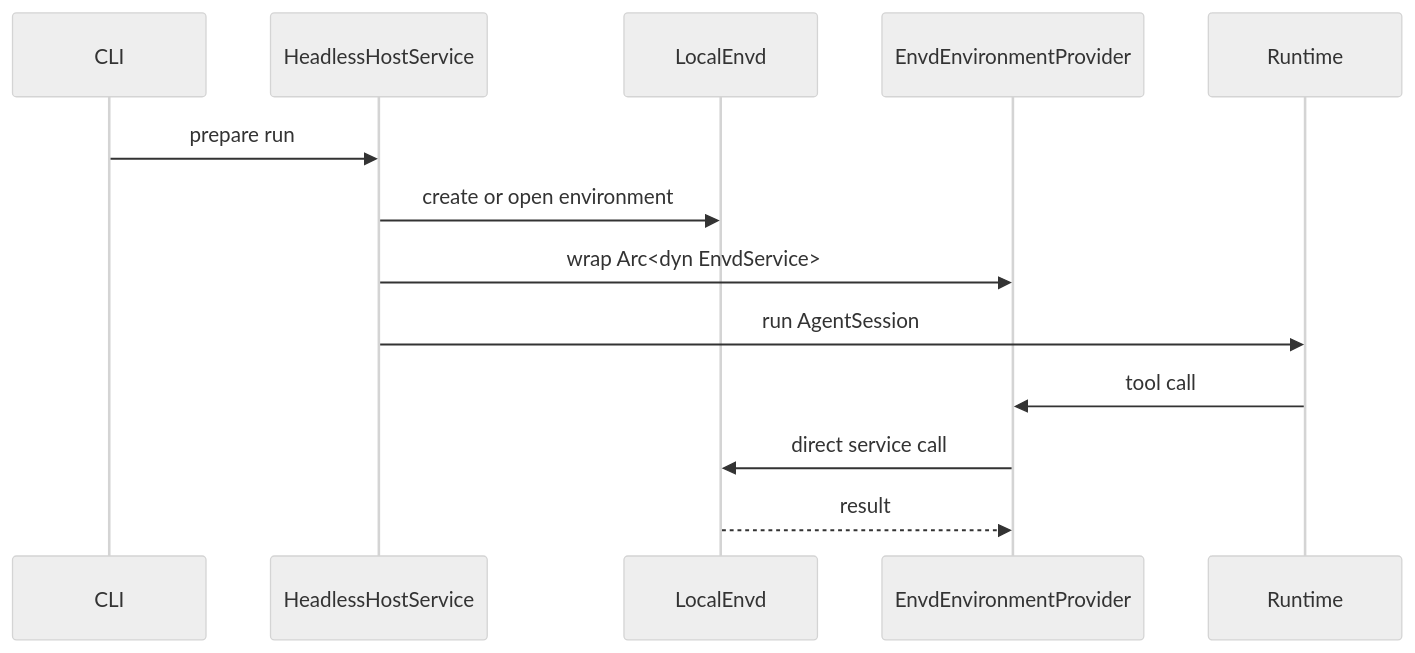
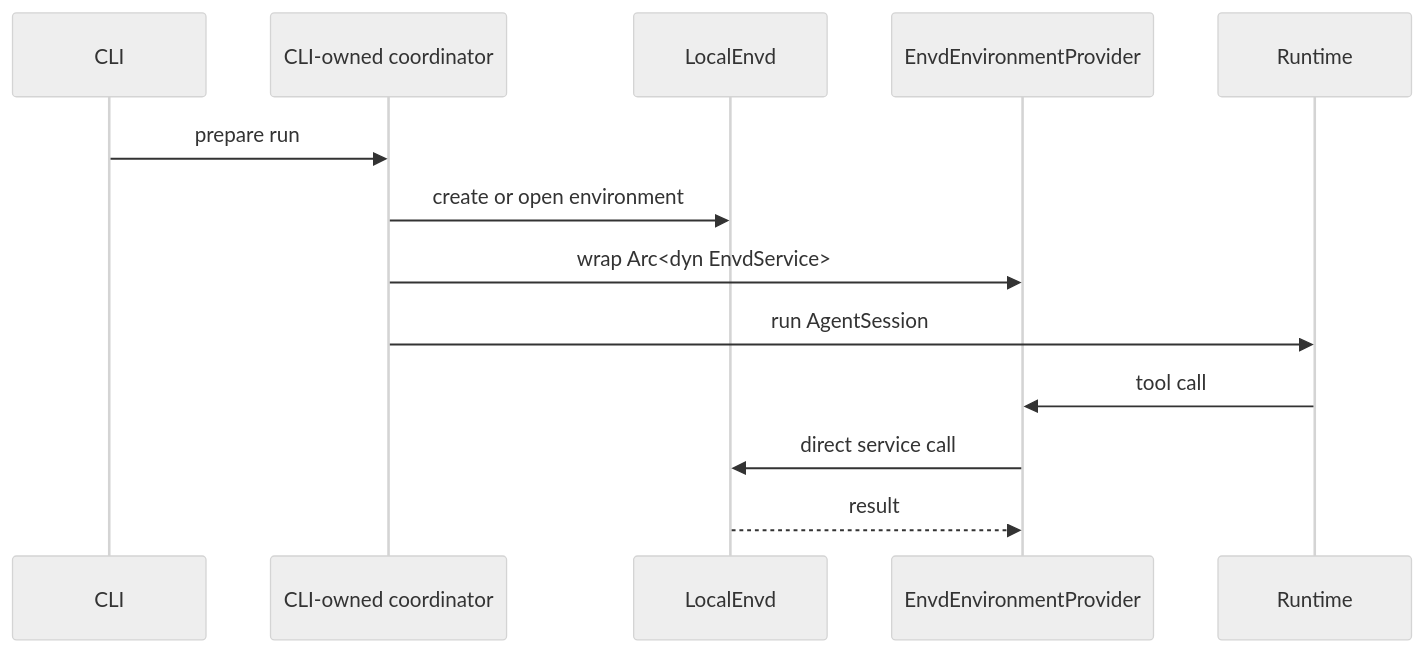
Before and after one commit to Wh1isper/starweaver: the fifth of 8 diagrams in spec/environment/02-tool-binding-and-envd-adapter.md, drawn with Mermaid (neutral theme). The commit also changed other lines of this file and 326 other files, not shown here.

First line of the commit message:
refactor(architecture): consolidate durable execution boundaries (#67)

````diff
--- a/spec/environment/02-tool-binding-and-envd-adapter.md
+++ b/spec/environment/02-tool-binding-and-envd-adapter.md
@@ -247,16 +271,16 @@
 ```mermaid
 sequenceDiagram
     participant CLI
-    participant Host as HeadlessHostService
+    participant Coordinator as CLI-owned coordinator
     participant Envd as LocalEnvd
     participant Provider as EnvdEnvironmentProvider
     participant Runtime
 
-    CLI->>Host: prepare run
-    Host->>Envd: create or open environment
-    Host->>Provider: wrap Arc<dyn EnvdService>
-    Host->>Runtime: run AgentSession
+    CLI->>Coordinator: prepare run
+    Coordinator->>Envd: create or open environment
+    Coordinator->>Provider: wrap Arc<dyn EnvdService>
+    Coordinator->>Runtime: run AgentSession
     Runtime->>Provider: tool call
     Provider->>Envd: direct service call
     Envd-->>Provider: result
 ```
````
